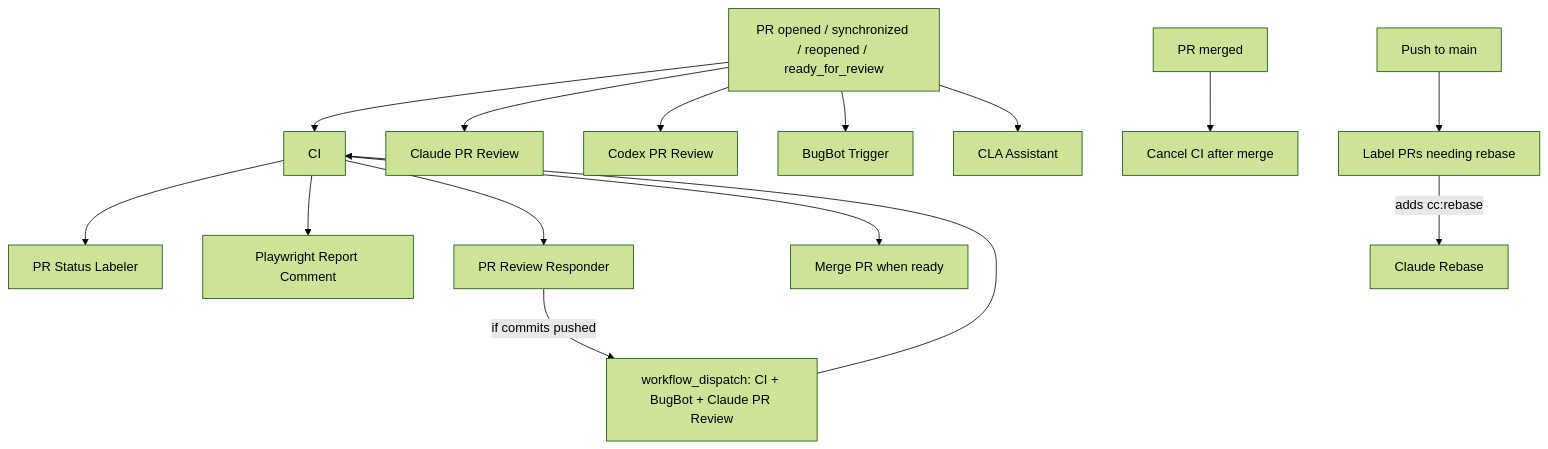
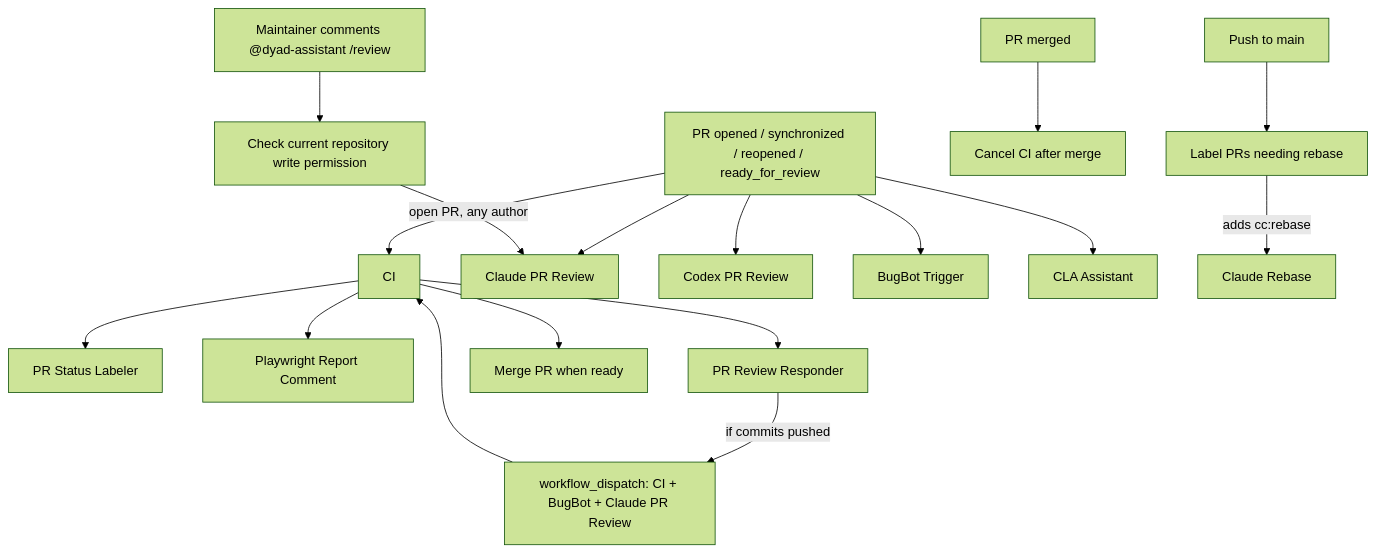
One commit to dyad-sh/dyad changed the second of 2 diagrams in .github/workflows/README.md. Above: the diagram before and after it, drawn with Mermaid (forest theme). The commit also changed other lines of this file and 10 other files, not shown here.

````diff
--- a/.github/workflows/README.md
+++ b/.github/workflows/README.md
@@ -21,21 +21,23 @@
 ```mermaid
 flowchart TD
   PR[PR opened / synchronized / reopened / ready_for_review] --> CI[CI]
   PR --> CPR[Claude PR Review]
+  RC[Maintainer comments @dyad-assistant /review] --> AUTH[Check current repository write permission]
+  AUTH -->|open PR, any author| CPR
   PR --> CODR[Codex PR Review]
   PR --> BB[BugBot Trigger]
   PR --> CLA[CLA Assistant]
 
   CI --> PSL[PR Status Labeler]
   CI --> PWC[Playwright Report Comment]
   CI --> PRR[PR Review Responder]
   CI --> MPR[Merge PR when ready]
 
   PRR -->|if commits pushed| WFD[workflow_dispatch: CI + BugBot + Claude PR Review]
   WFD --> CI
 
   PM[PR merged] --> CCI[Cancel CI after merge]
 
   MAIN[Push to main] --> LR[Label PRs needing rebase]
   LR -->|adds cc:rebase| CR[Claude Rebase]
 ```
````
